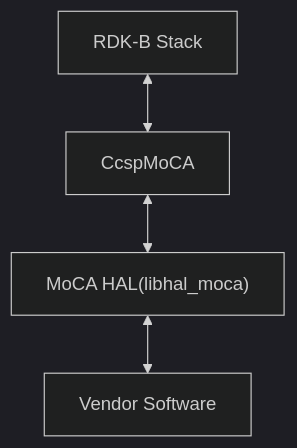
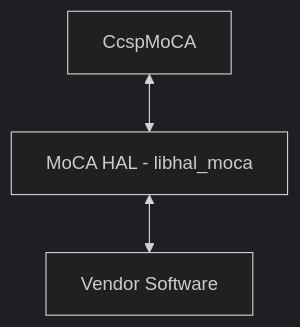
The first of 3 diagrams in docs/pages/halSpec.md (Blitzy-Sky/rdkb-halif-moca), drawn with Mermaid (dark theme) before and after one commit. The commit also changed other lines of this file, not shown here.

First line of the commit message:
docs: simplify the MoCA_HAL specification

````diff
--- a/docs/pages/halSpec.md
+++ b/docs/pages/halSpec.md
@@ -55,7 +29,6 @@
 ```mermaid
 flowchart TD;
-    RDK-BSTACK[RDK-B Stack] <-->
-    CcspMoCA[CcspMoCA] <-->
-    MoCAHAL["MoCA HAL(libhal_moca)"] <-->
-    VendorSoftware[Vendor Software]
+    Caller["CcspMoCA"] <-->
+    HAL["MoCA HAL - libhal_moca"] <-->
+    Vendor["Vendor Software"]
 ```
````
